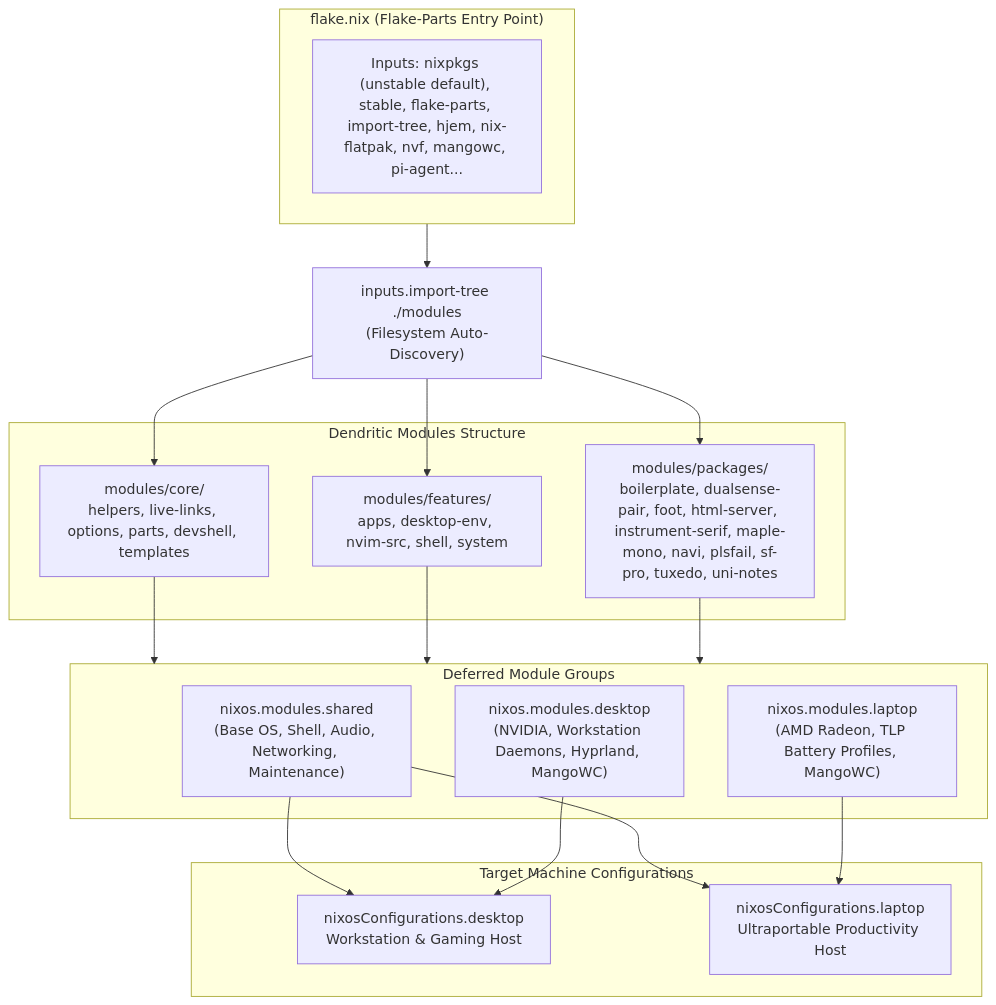
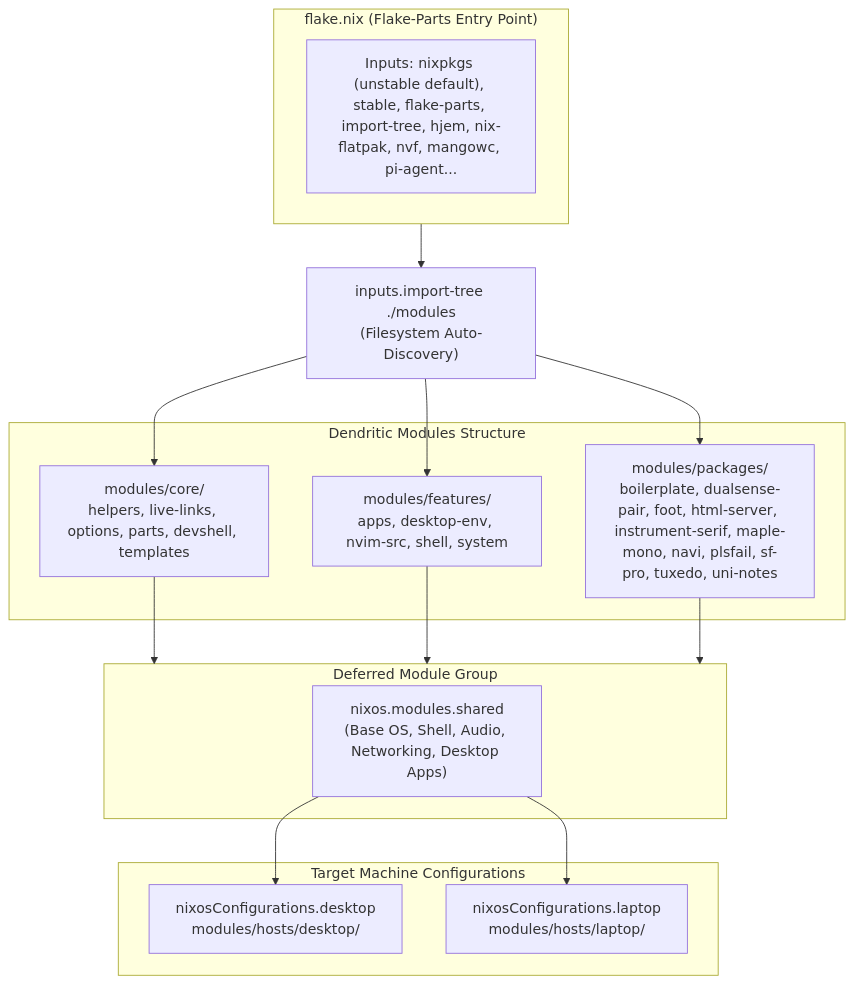
The diagram in README.md (Ssnibles/NixConfig), drawn with Mermaid before and after one commit. The commit also changed other lines of this file and 11 other files, not shown here.

First line of the commit message:
refactor(hosts): use one shared module group for every host

````diff
--- a/README.md
+++ b/README.md
@@ -87,45 +89,41 @@
 ```mermaid
 flowchart TD
     subgraph Flake["flake.nix (Flake-Parts Entry Point)"]
         Inputs["Inputs: nixpkgs (unstable default), stable, flake-parts, import-tree, hjem, nix-flatpak, nvf, mangowc, pi-agent..."]
     end
 
     Tree["inputs.import-tree ./modules<br/>(Filesystem Auto-Discovery)"]
     Flake --> Tree
 
     subgraph Modules["Dendritic Modules Structure"]
         Core["modules/core/<br/>helpers, live-links, options, parts, devshell, templates"]
         Features["modules/features/<br/>apps, desktop-env, nvim-src, shell, system"]
         Packages["modules/packages/<br/>boilerplate, dualsense-pair, foot, html-server, instrument-serif, maple-mono, navi, plsfail, sf-pro, tuxedo, uni-notes"]
     end
 
     Tree --> Core
     Tree --> Features
     Tree --> Packages
 
-    subgraph Composition["Deferred Module Groups"]
-        Shared["nixos.modules.shared<br/>(Base OS, Shell, Audio, Networking, Maintenance)"]
-        DesktopGroup["nixos.modules.desktop<br/>(NVIDIA, Workstation Daemons, Hyprland, MangoWC)"]
-        LaptopGroup["nixos.modules.laptop<br/>(AMD Radeon, TLP Battery Profiles, MangoWC)"]
+    subgraph Composition["Deferred Module Group"]
+        Shared["nixos.modules.shared<br/>(Base OS, Shell, Audio, Networking, Desktop Apps)"]
     end
 
     Core --> Composition
     Features --> Composition
     Packages --> Composition
 
     subgraph Hosts["Target Machine Configurations"]
-        DesktopHost["nixosConfigurations.desktop<br/>Workstation & Gaming Host"]
-        LaptopHost["nixosConfigurations.laptop<br/>Ultraportable Productivity Host"]
+        Host0["nixosConfigurations.desktop<br/>modules/hosts/desktop/"]
+        Host1["nixosConfigurations.laptop<br/>modules/hosts/laptop/"]
     end
 
-    Shared --> DesktopHost
-    DesktopGroup --> DesktopHost
-    Shared --> LaptopHost
-    LaptopGroup --> LaptopHost
+    Shared --> Host0
+    Shared --> Host1
 
     click Core href "modules/core" "Open core modules"
     click Features href "modules/features" "Open features modules"
     click Packages href "modules/packages" "Open custom packages"
-    click DesktopHost href "modules/hosts/desktop" "Open desktop host configuration"
-    click LaptopHost href "modules/hosts/laptop" "Open laptop host configuration"
+    click Host0 href "modules/hosts/desktop" "Open the desktop host configuration"
+    click Host1 href "modules/hosts/laptop" "Open the laptop host configuration"
 ```
````
